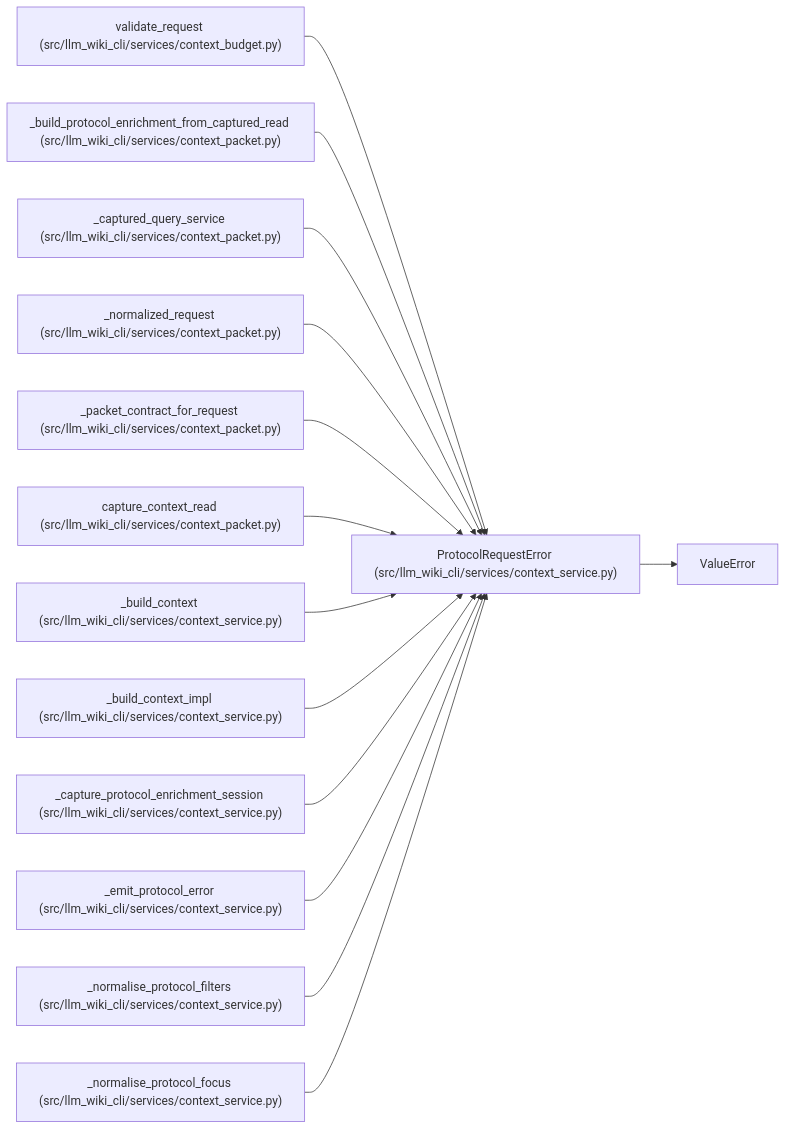
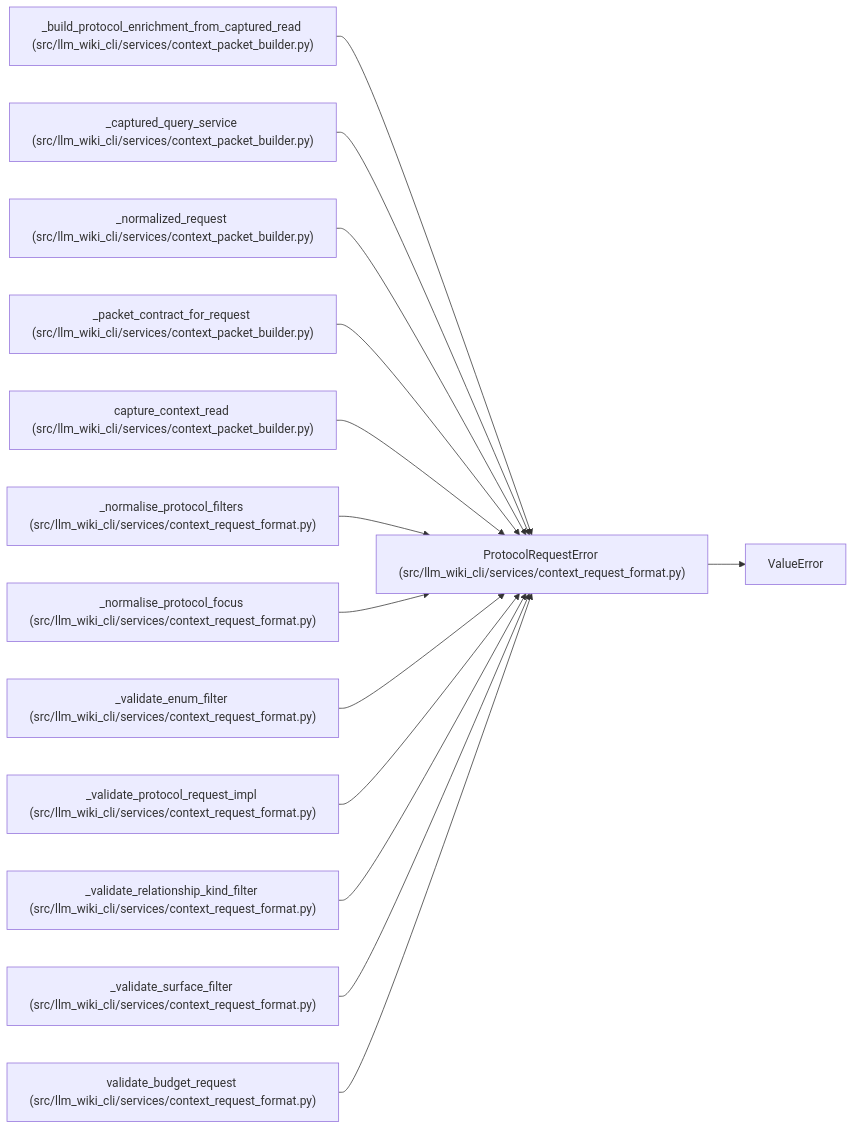
The diagram in docs/llm_wiki/entities/ProtocolRequestError.md (Denissvgn/python-wiki-llm), drawn with Mermaid before and after one commit. The commit also changed other lines of this file and 1555 other files, not shown here.

````diff
--- a/docs/llm_wiki/entities/ProtocolRequestError.md
+++ b/docs/llm_wiki/entities/ProtocolRequestError.md
@@ -25,43 +25,43 @@
 ```mermaid
 flowchart LR
-    n0["ProtocolRequestError (src/llm_wiki_cli/services/context_service.py)"]
+    n0["ProtocolRequestError (src/llm_wiki_cli/services/context_request_format.py)"]
     n1["ValueError"]
-    n2["validate_request (src/llm_wiki_cli/services/context_budget.py)"]
-    n3["_build_protocol_enrichment_from_captured_read (src/llm_wiki_cli/services/context_packet.py)"]
-    n4["_captured_query_service (src/llm_wiki_cli/services/context_packet.py)"]
-    n5["_normalized_request (src/llm_wiki_cli/services/context_packet.py)"]
-    n6["_packet_contract_for_request (src/llm_wiki_cli/services/context_packet.py)"]
-    n7["capture_context_read (src/llm_wiki_cli/services/context_packet.py)"]
-    n8["_build_context (src/llm_wiki_cli/services/context_service.py)"]
-    n9["_build_context_impl (src/llm_wiki_cli/services/context_service.py)"]
-    n10["_capture_protocol_enrichment_session (src/llm_wiki_cli/services/context_service.py)"]
-    n11["_emit_protocol_error (src/llm_wiki_cli/services/context_service.py)"]
-    n12["_normalise_protocol_filters (src/llm_wiki_cli/services/context_service.py)"]
-    n13["_normalise_protocol_focus (src/llm_wiki_cli/services/context_service.py)"]
+    n2["_build_protocol_enrichment_from_captured_read (src/llm_wiki_cli/services/context_packet_builder.py)"]
+    n3["_captured_query_service (src/llm_wiki_cli/services/context_packet_builder.py)"]
+    n4["_normalized_request (src/llm_wiki_cli/services/context_packet_builder.py)"]
+    n5["_packet_contract_for_request (src/llm_wiki_cli/services/context_packet_builder.py)"]
+    n6["capture_context_read (src/llm_wiki_cli/services/context_packet_builder.py)"]
+    n7["_normalise_protocol_filters (src/llm_wiki_cli/services/context_request_format.py)"]
+    n8["_normalise_protocol_focus (src/llm_wiki_cli/services/context_request_format.py)"]
+    n9["_validate_enum_filter (src/llm_wiki_cli/services/context_request_format.py)"]
+    n10["_validate_protocol_request_impl (src/llm_wiki_cli/services/context_request_format.py)"]
+    n11["_validate_relationship_kind_filter (src/llm_wiki_cli/services/context_request_format.py)"]
+    n12["_validate_surface_filter (src/llm_wiki_cli/services/context_request_format.py)"]
+    n13["validate_budget_request (src/llm_wiki_cli/services/context_request_format.py)"]
     n0 --> n1
     n2 --> n0
     n3 --> n0
     n4 --> n0
     n5 --> n0
     n6 --> n0
     n7 --> n0
     n8 --> n0
     n9 --> n0
     n10 --> n0
     n11 --> n0
     n12 --> n0
     n13 --> n0
-    click n0 "../modules/context_service.md"
-    click n2 "../modules/context_budget.md"
-    click n3 "../modules/context_packet.md"
-    click n4 "../modules/context_packet.md"
-    click n5 "../modules/context_packet.md"
-    click n6 "../modules/context_packet.md"
-    click n7 "../modules/context_packet.md"
-    click n8 "../modules/context_service.md"
-    click n9 "../modules/context_service.md"
-    click n10 "../modules/context_service.md"
-    click n11 "../modules/context_service.md"
-    click n12 "../modules/context_service.md"
-    click n13 "../modules/context_service.md"
+    click n0 "../modules/context_request_format.md"
+    click n2 "../modules/context_packet_builder.md"
+    click n3 "../modules/context_packet_builder.md"
+    click n4 "../modules/context_packet_builder.md"
+    click n5 "../modules/context_packet_builder.md"
+    click n6 "../modules/context_packet_builder.md"
+    click n7 "../modules/context_request_format.md"
+    click n8 "../modules/context_request_format.md"
+    click n9 "../modules/context_request_format.md"
+    click n10 "../modules/context_request_format.md"
+    click n11 "../modules/context_request_format.md"
+    click n12 "../modules/context_request_format.md"
+    click n13 "../modules/context_request_format.md"
 ```
````
